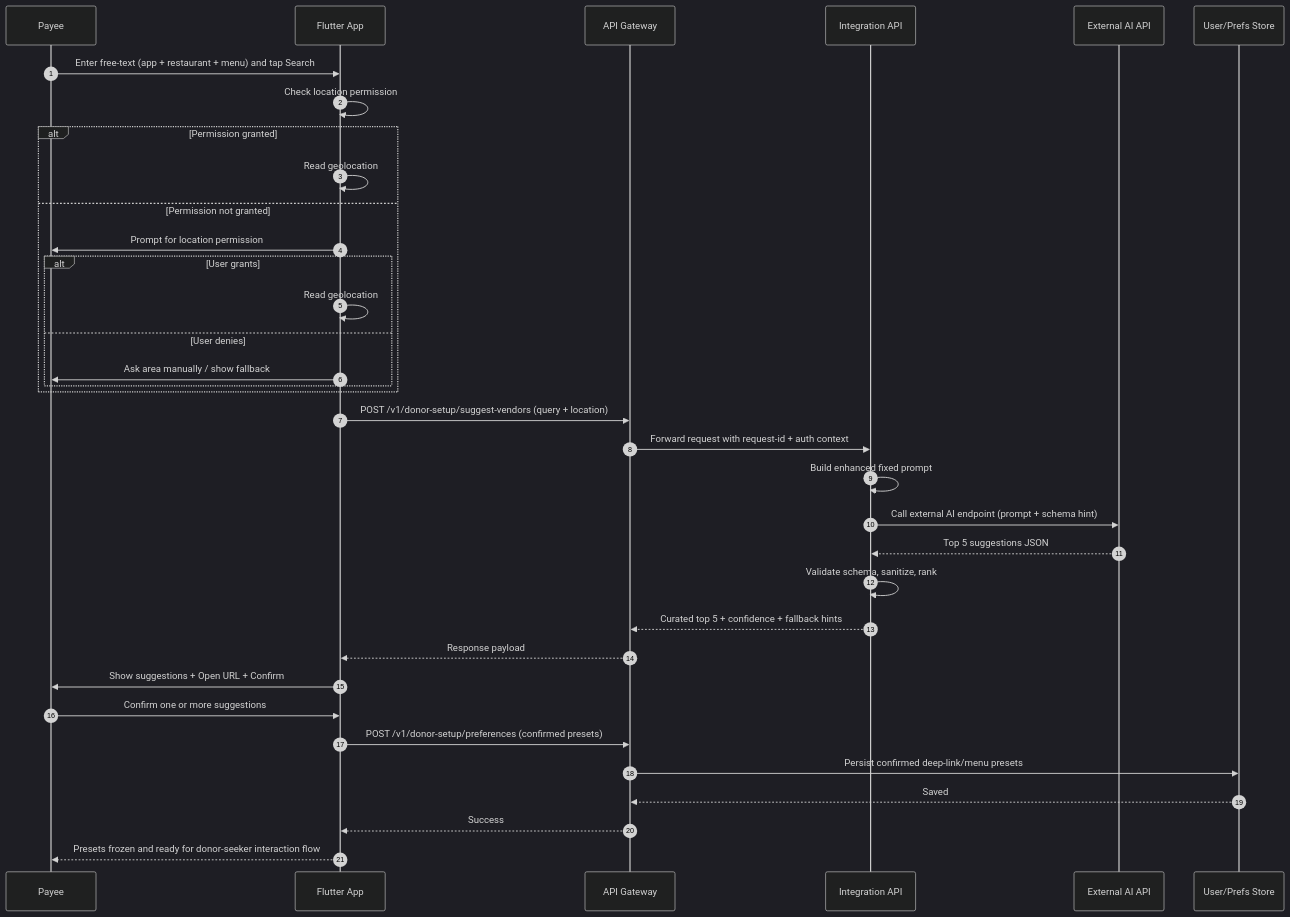
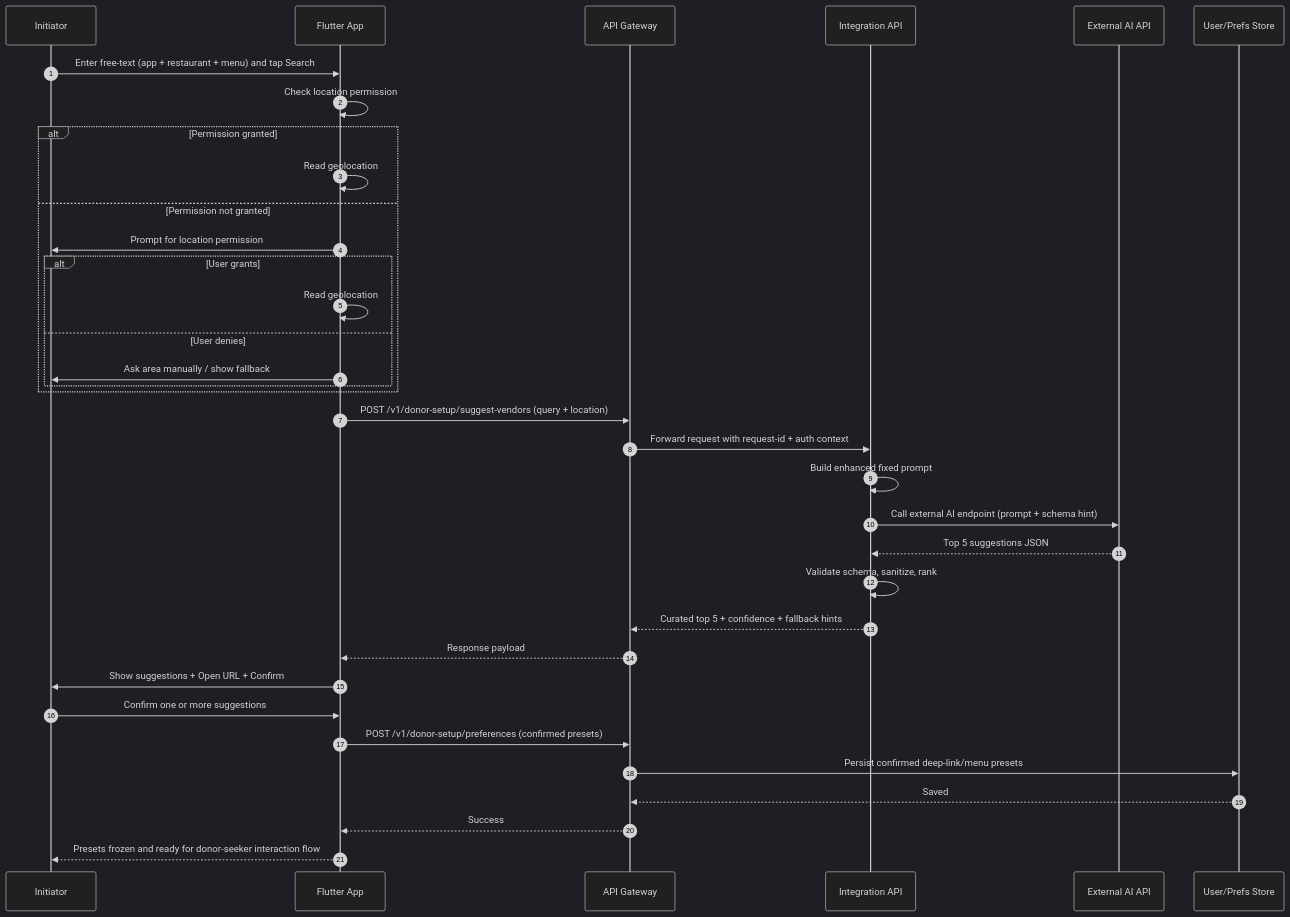
One commit to sharingbridge/sharingbridge changed the diagram in design/Donor_Setup_AI_Search_Sequence.md. Above: the diagram before and after it, drawn with Mermaid (dark theme). The commit also changed 21 other files, not shown here.

Commit message:
Lock vocabulary: initiator, payer, payee as payment recipient.

````diff
--- a/design/Donor_Setup_AI_Search_Sequence.md
+++ b/design/Donor_Setup_AI_Search_Sequence.md
@@ -14,40 +14,40 @@
 ```mermaid
 sequenceDiagram
     autonumber
-    participant U as Payee
+    participant U as Initiator
     participant A as Flutter App
     participant G as API Gateway
     participant I as Integration API
     participant X as External AI API
     participant S as User/Prefs Store
 
     U->>A: Enter free-text (app + restaurant + menu) and tap Search
     A->>A: Check location permission
     alt Permission granted
         A->>A: Read geolocation
     else Permission not granted
         A->>U: Prompt for location permission
         alt User grants
             A->>A: Read geolocation
         else User denies
             A->>U: Ask area manually / show fallback
         end
     end
 
     A->>G: POST /v1/donor-setup/suggest-vendors (query + location)
     G->>I: Forward request with request-id + auth context
     I->>I: Build enhanced fixed prompt
     I->>X: Call external AI endpoint (prompt + schema hint)
     X-->>I: Top 5 suggestions JSON
     I->>I: Validate schema, sanitize, rank
     I-->>G: Curated top 5 + confidence + fallback hints
     G-->>A: Response payload
 
     A->>U: Show suggestions + Open URL + Confirm
     U->>A: Confirm one or more suggestions
     A->>G: POST /v1/donor-setup/preferences (confirmed presets)
     G->>S: Persist confirmed deep-link/menu presets
     S-->>G: Saved
     G-->>A: Success
     A-->>U: Presets frozen and ready for donor-seeker interaction flow
 ```
````
